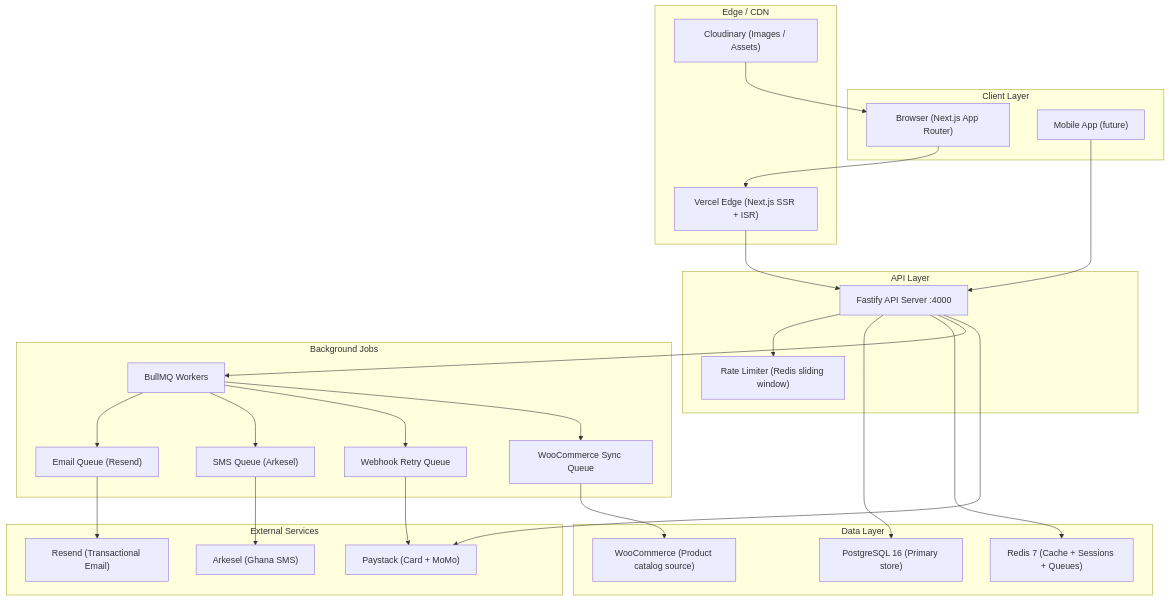
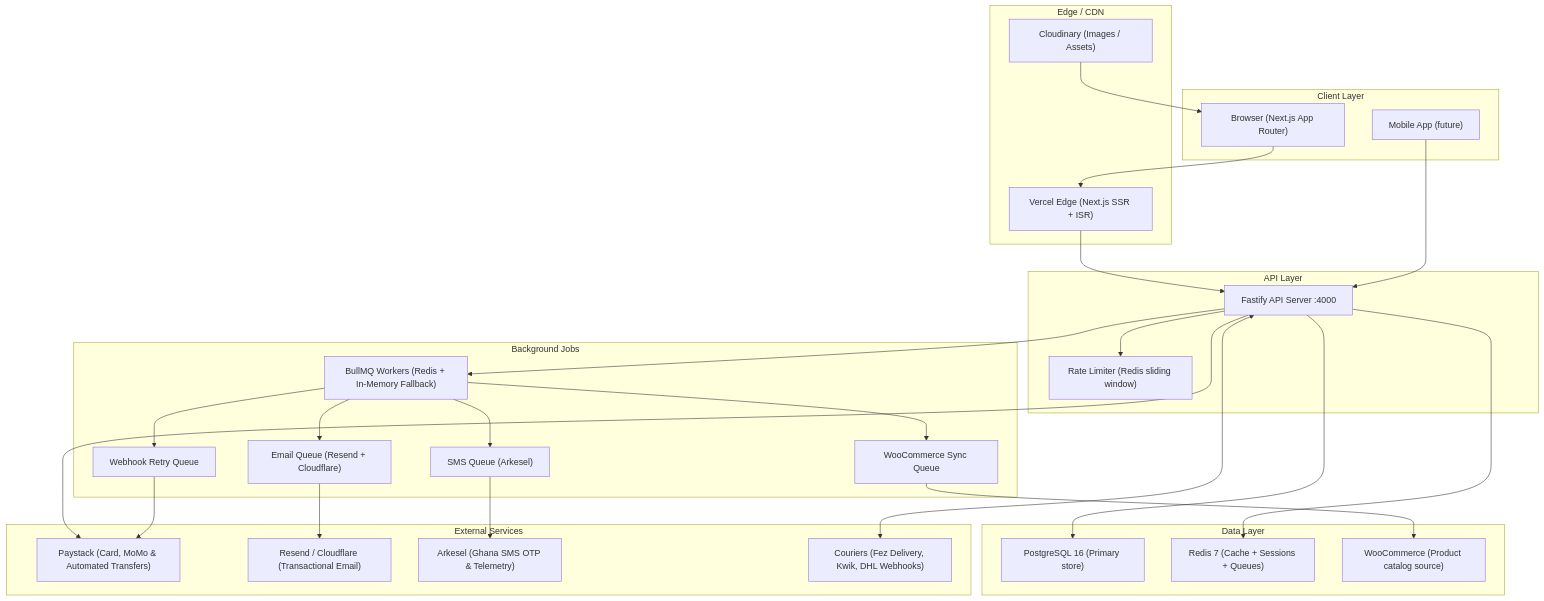
Before and after one commit to kojowiafe-dev/NextDor: the first of 2 diagrams in BACKEND_ARCHITECTURE.md, drawn with Mermaid. The commit also changed other lines of this file and 16 other files, not shown here.

Commit message:
feat: complete resilient email dispatch queue, E2E test suites, and update backend architecture documentation

````diff
--- a/BACKEND_ARCHITECTURE.md
+++ b/BACKEND_ARCHITECTURE.md
@@ -37,51 +37,53 @@
 ```mermaid
 graph TB
     subgraph Client["Client Layer"]
         Browser["Browser (Next.js App Router)"]
         Mobile["Mobile App (future)"]
     end
 
     subgraph CDN["Edge / CDN"]
         Vercel["Vercel Edge (Next.js SSR + ISR)"]
         Cloudinary["Cloudinary (Images / Assets)"]
     end
 
     subgraph API["API Layer"]
         Fastify["Fastify API Server :4000"]
         RateLimit["Rate Limiter (Redis sliding window)"]
     end
 
     subgraph Data["Data Layer"]
         Postgres["PostgreSQL 16 (Primary store)"]
         Redis["Redis 7 (Cache + Sessions + Queues)"]
         WooCommerce["WooCommerce (Product catalog source)"]
     end
 
     subgraph Jobs["Background Jobs"]
-        BullMQ["BullMQ Workers"]
-        EmailQ["Email Queue (Resend)"]
+        BullMQ["BullMQ Workers (Redis + In-Memory Fallback)"]
+        EmailQ["Email Queue (Resend + Cloudflare)"]
         SMSQ["SMS Queue (Arkesel)"]
         WebhookQ["Webhook Retry Queue"]
         SyncQ["WooCommerce Sync Queue"]
     end
 
     subgraph External["External Services"]
-        Paystack["Paystack (Card + MoMo)"]
-        ResendSvc["Resend (Transactional Email)"]
-        Arkesel["Arkesel (Ghana SMS)"]
+        Paystack["Paystack (Card, MoMo & Automated Transfers)"]
+        ResendSvc["Resend / Cloudflare (Transactional Email)"]
+        Arkesel["Arkesel (Ghana SMS OTP & Telemetry)"]
+        Couriers["Couriers (Fez Delivery, Kwik, DHL Webhooks)"]
     end
 
     Browser --> Vercel
     Vercel --> Fastify
     Mobile --> Fastify
     Fastify --> RateLimit
     Fastify --> Postgres
     Fastify --> Redis
     Fastify --> BullMQ
     Fastify --> Paystack
+    Fastify <--> Couriers
     BullMQ --> EmailQ --> ResendSvc
     BullMQ --> SMSQ --> Arkesel
     BullMQ --> WebhookQ --> Paystack
     BullMQ --> SyncQ --> WooCommerce
     Cloudinary --> Browser
 ```
````
